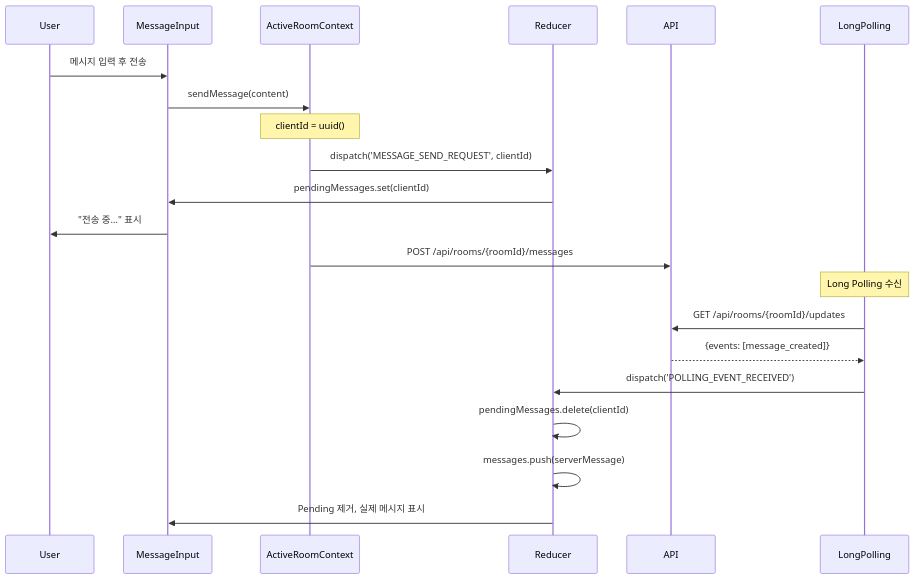
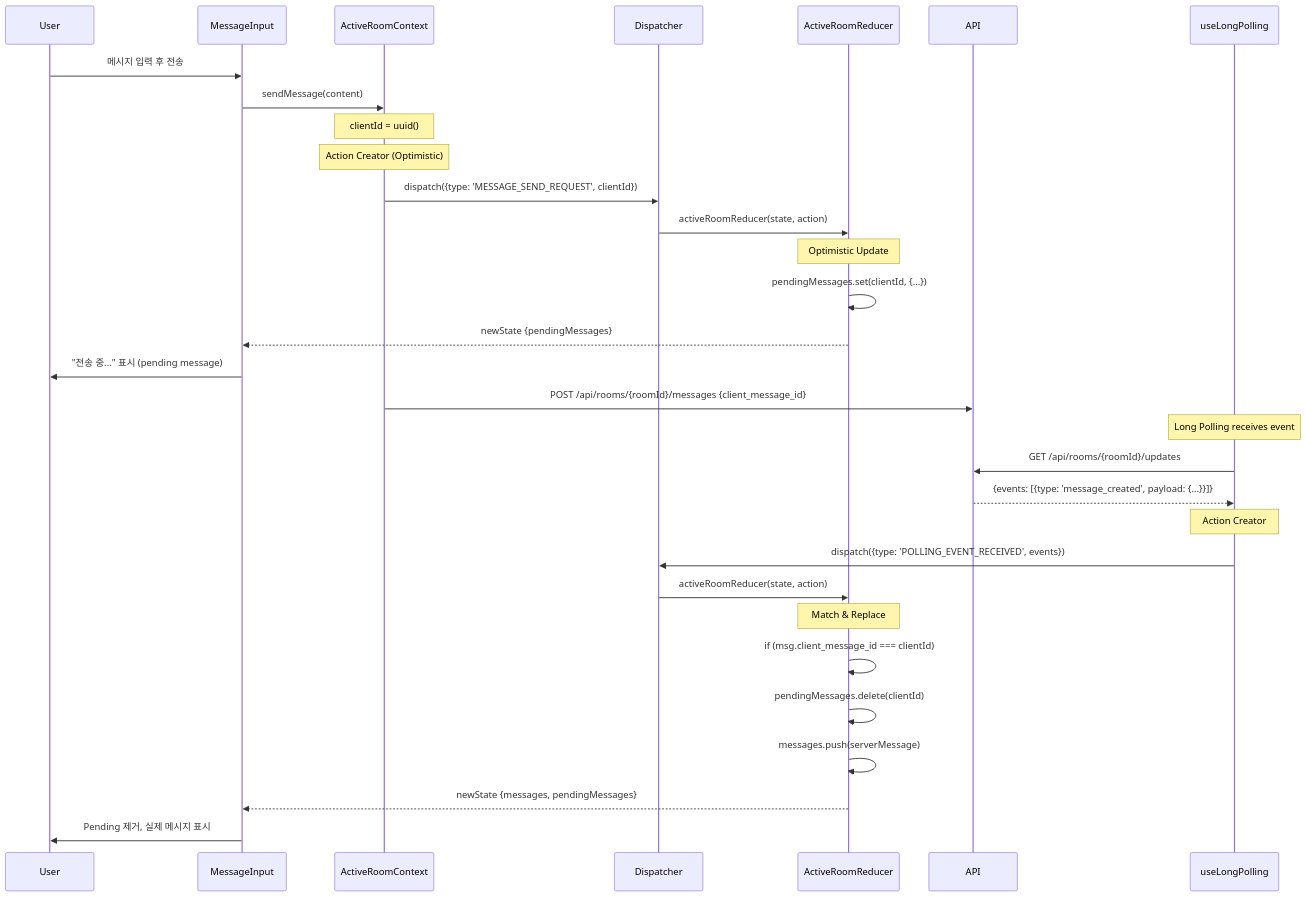
One commit to dasanworld/ChatService changed the third of 5 diagrams in docs/pages/chat-room/state-management.md. Above: the diagram before and after it, drawn with Mermaid. The commit also changed other lines of this file and 4 other files, not shown here.

Commit message:
docs: Update state management documentation for Chat Room, Dashboard, Invite, Login, and Signup pages with Flux architecture and flow diagrams

````diff
--- a/docs/pages/chat-room/state-management.md
+++ b/docs/pages/chat-room/state-management.md
@@ -629,28 +708,41 @@
 ```mermaid
 sequenceDiagram
     participant User
     participant MessageInput
     participant ActiveRoomContext
-    participant Reducer
+    participant Dispatcher
+    participant ActiveRoomReducer
     participant API
-    participant LongPolling
+    participant useLongPolling
     
     User->>MessageInput: 메시지 입력 후 전송
     MessageInput->>ActiveRoomContext: sendMessage(content)
     
     Note over ActiveRoomContext: clientId = uuid()
-    ActiveRoomContext->>Reducer: dispatch('MESSAGE_SEND_REQUEST', clientId)
-    Reducer->>MessageInput: pendingMessages.set(clientId)
-    MessageInput->>User: "전송 중..." 표시
+    Note over ActiveRoomContext: Action Creator (Optimistic)
+    ActiveRoomContext->>Dispatcher: dispatch({type: 'MESSAGE_SEND_REQUEST', clientId})
+    Dispatcher->>ActiveRoomReducer: activeRoomReducer(state, action)
     
-    ActiveRoomContext->>API: POST /api/rooms/{roomId}/messages
+    Note over ActiveRoomReducer: Optimistic Update
+    ActiveRoomReducer->>ActiveRoomReducer: pendingMessages.set(clientId, {...})
+    ActiveRoomReducer-->>MessageInput: newState {pendingMessages}
+    MessageInput->>User: "전송 중..." 표시 (pending message)
     
-    Note over LongPolling: Long Polling 수신
-    LongPolling->>API: GET /api/rooms/{roomId}/updates
-    API-->>LongPolling: {events: [message_created]}
+    ActiveRoomContext->>API: POST /api/rooms/{roomId}/messages {client_message_id}
     
-    LongPolling->>Reducer: dispatch('POLLING_EVENT_RECEIVED')
-    Reducer->>Reducer: pendingMessages.delete(clientId)
-    Reducer->>Reducer: messages.push(serverMessage)
-    Reducer->>MessageInput: Pending 제거, 실제 메시지 표시
+    Note over useLongPolling: Long Polling receives event
+    useLongPolling->>API: GET /api/rooms/{roomId}/updates
+    API-->>useLongPolling: {events: [{type: 'message_created', payload: {...}}]}
+    
+    Note over useLongPolling: Action Creator
+    useLongPolling->>Dispatcher: dispatch({type: 'POLLING_EVENT_RECEIVED', events})
+    Dispatcher->>ActiveRoomReducer: activeRoomReducer(state, action)
+    
+    Note over ActiveRoomReducer: Match & Replace
+    ActiveRoomReducer->>ActiveRoomReducer: if (msg.client_message_id === clientId)
+    ActiveRoomReducer->>ActiveRoomReducer: pendingMessages.delete(clientId)
+    ActiveRoomReducer->>ActiveRoomReducer: messages.push(serverMessage)
+    ActiveRoomReducer-->>MessageInput: newState {messages, pendingMessages}
+    
+    MessageInput->>User: Pending 제거, 실제 메시지 표시
 ```
````
